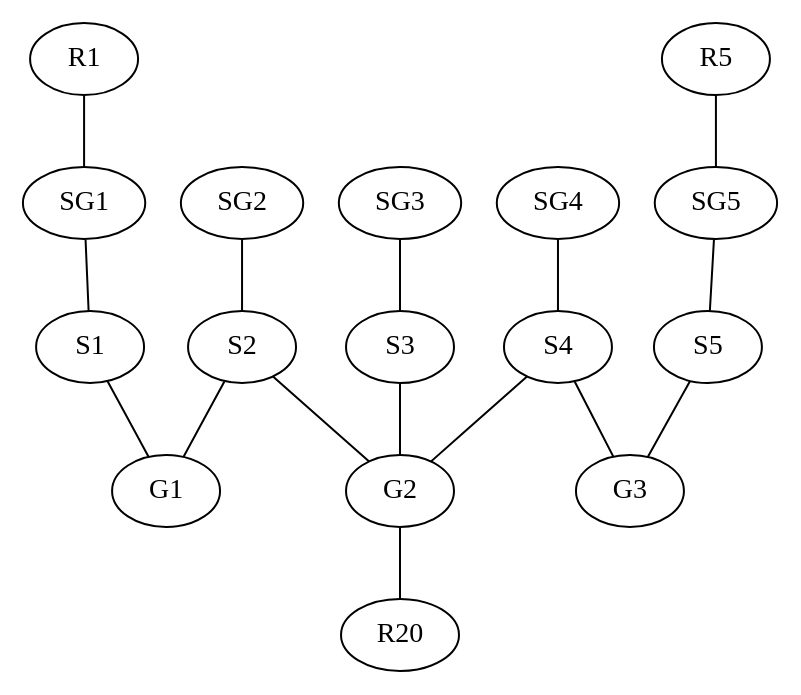
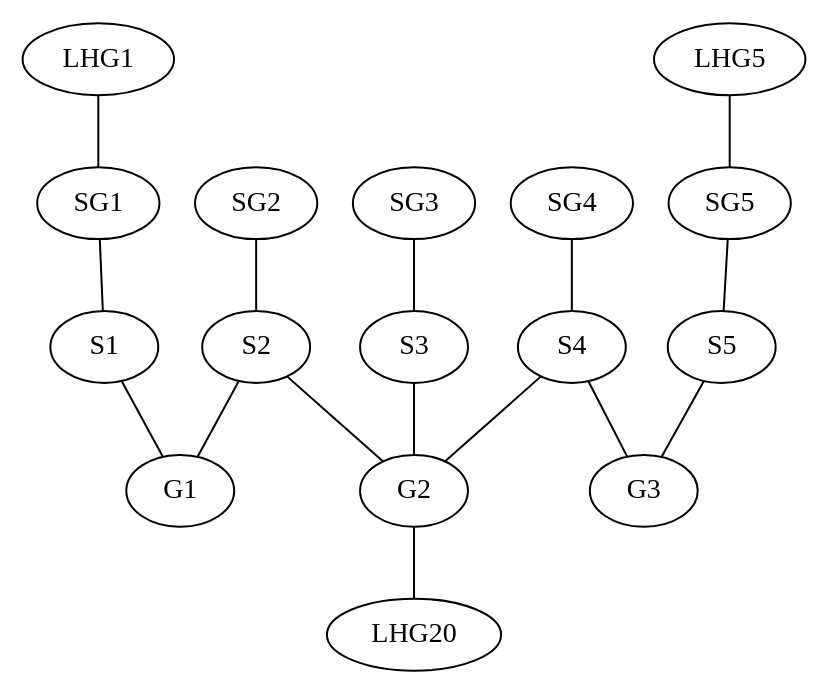
Before and after one commit to water/resources: the diagram in report/fig/labgroup/strict_proof_continue.dot, drawn with Graphviz. The commit also changed 21 other files, not shown here.

Commit message:
R --> LHG in labgroup diagrams

```diff
--- a/report/fig/labgroup/strict_proof_continue.dot
+++ b/report/fig/labgroup/strict_proof_continue.dot
@@ -1,45 +1,45 @@
 graph G {
   /* Startgroups and it's repos */
-  R1 -- SG1
+  LHG1 -- SG1
   SG1 -- S1
   SG2 -- S2
   SG3 -- S3
   SG4 -- S4
   SG5 -- S5
-  R5 -- SG5
+  LHG5 -- SG5
 
   /* Labgroups */
   S1 -- G1
   S2 -- G1
 
   S2 -- G2
   S3 -- G2
   S4 -- G2
 
   S4 -- G3
   S5 -- G3
   
   /* The sets A and B */
   /* subgraph cluster_A { */
   /*   S1 */
   /*   S2 */
   /*   S3 */
   /*   S4 */
   /*   S5 */
   /*   label = "                A" */
 
   /*   subgraph cluster_B { */
   /*     S2 */
   /*     S3 */
   /*     S4 */
   /*     label = "                B" */
   /*   } */
   /* } */
 
   /* Repos */
-  G2 -- R20
+  G2 -- LHG20
 
   /* Bonus properties */ 
   /* S3 [shape = doublecircle] */ 
-  /* R20 [style=dashed] */
+  /* LHG20 [style=dashed] */
 }
```
